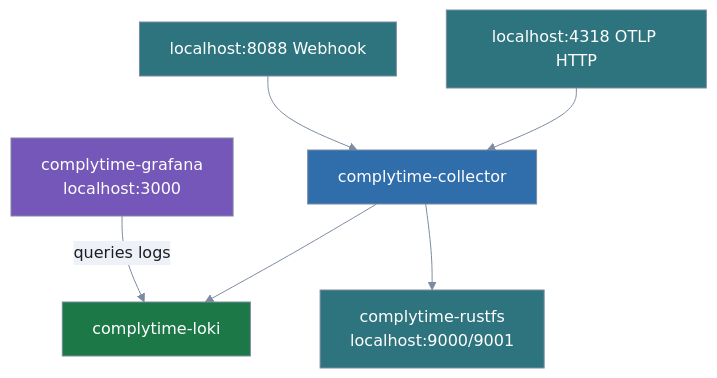
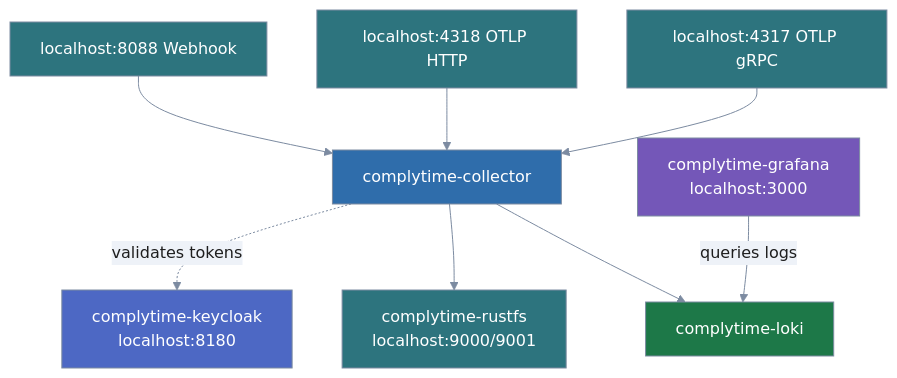
Before and after one commit to complytime-labs/complytime-deploy: the diagram in quadlet/README.md, drawn with Mermaid. The commit also changed other lines of this file and 40 other files, not shown here.

````diff
--- a/quadlet/README.md
+++ b/quadlet/README.md
@@ -66,41 +67,47 @@
 ```mermaid
 %%{init: {'theme': 'base', 'themeVariables': {
   'primaryColor': '#2f6dab',
   'primaryTextColor': '#1e1e1e',
   'primaryBorderColor': '#7c8ba1',
   'lineColor': '#7c8ba1',
   'edgeLabelBackground': '#eef2f8',
   'tertiaryColor': 'transparent',
   'tertiaryTextColor': '#7c8ba1',
   'tertiaryBorderColor': '#7c8ba1',
   'clusterBkg': 'transparent',
   'clusterBorder': '#7c8ba1',
   'titleColor': '#7c8ba1',
   'noteBkgColor': '#eef2f8',
   'noteTextColor': '#1e1e1e',
   'fontFamily': 'system-ui, sans-serif'
 }, 'themeCSS': '.node .nodeLabel{color:#ffffff!important;fill:#ffffff!important;}'}}%%
 flowchart TD
+  grpc["localhost:4317 OTLP gRPC"]
   otlp["localhost:4318 OTLP HTTP"]
   webhook["localhost:8088 Webhook"]
   collector["complytime-collector"]
   loki["complytime-loki"]
   grafana["complytime-grafana\nlocalhost:3000"]
   rustfs["complytime-rustfs\nlocalhost:9000/9001"]
+  keycloak["complytime-keycloak\nlocalhost:8180"]
 
+  grpc --> collector
   otlp --> collector
   webhook --> collector
   collector --> loki
   collector --> rustfs
+  collector -.->|validates tokens| keycloak
   grafana -->|queries logs| loki
 
   classDef sysA fill:#2f6dab,color:#ffffff,stroke:#7c8ba1
   classDef sysB fill:#1d7848,color:#ffffff,stroke:#7c8ba1
   classDef sysC fill:#7457b8,color:#ffffff,stroke:#7c8ba1
   classDef sysD fill:#2d747e,color:#ffffff,stroke:#7c8ba1
-  class otlp,webhook sysD
+  classDef sysE fill:#4d68c4,color:#ffffff,stroke:#7c8ba1
+  class grpc,otlp,webhook sysD
   class collector sysA
   class loki sysB
   class grafana sysC
   class rustfs sysD
+  class keycloak sysE
 ```
````
